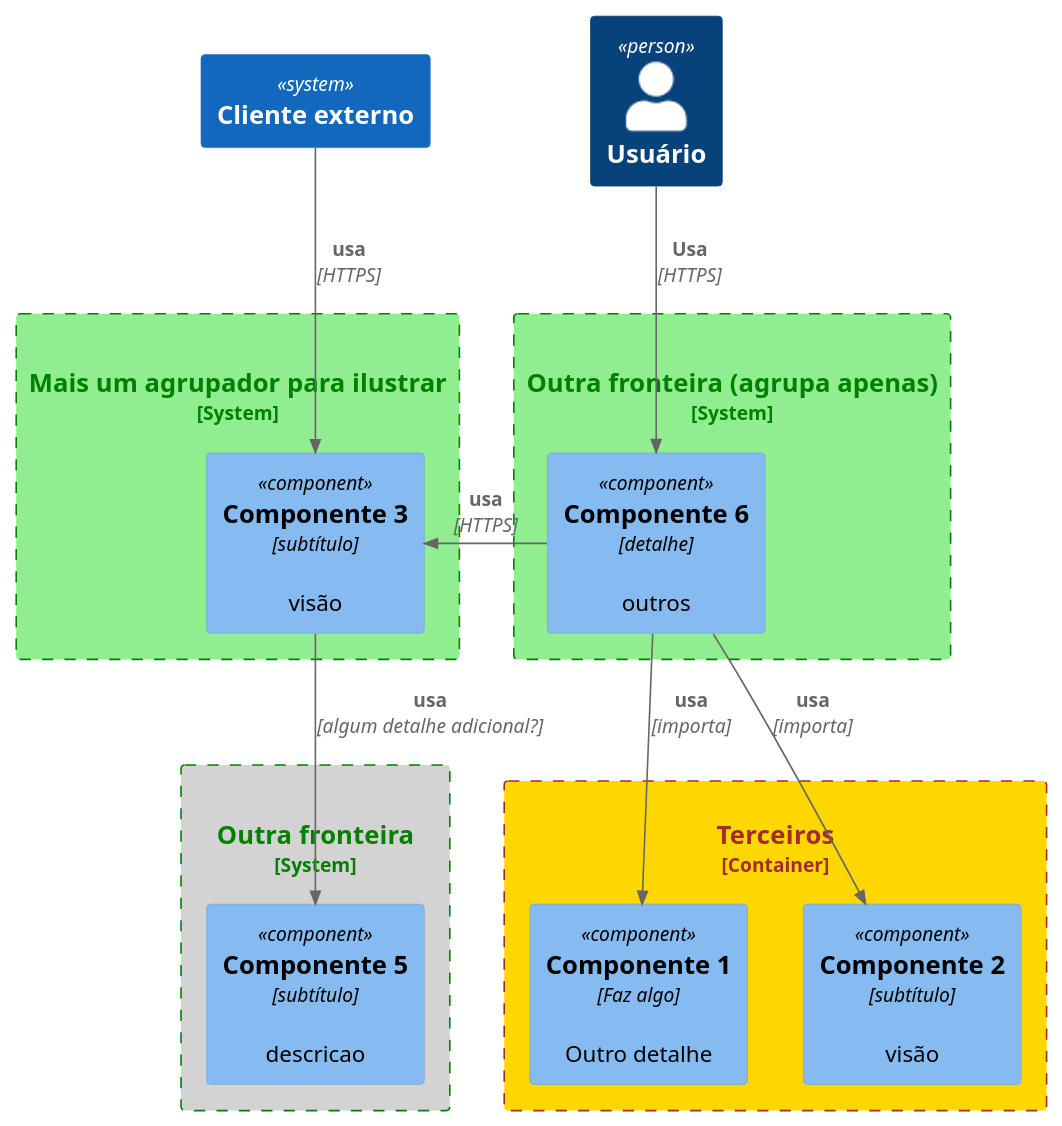
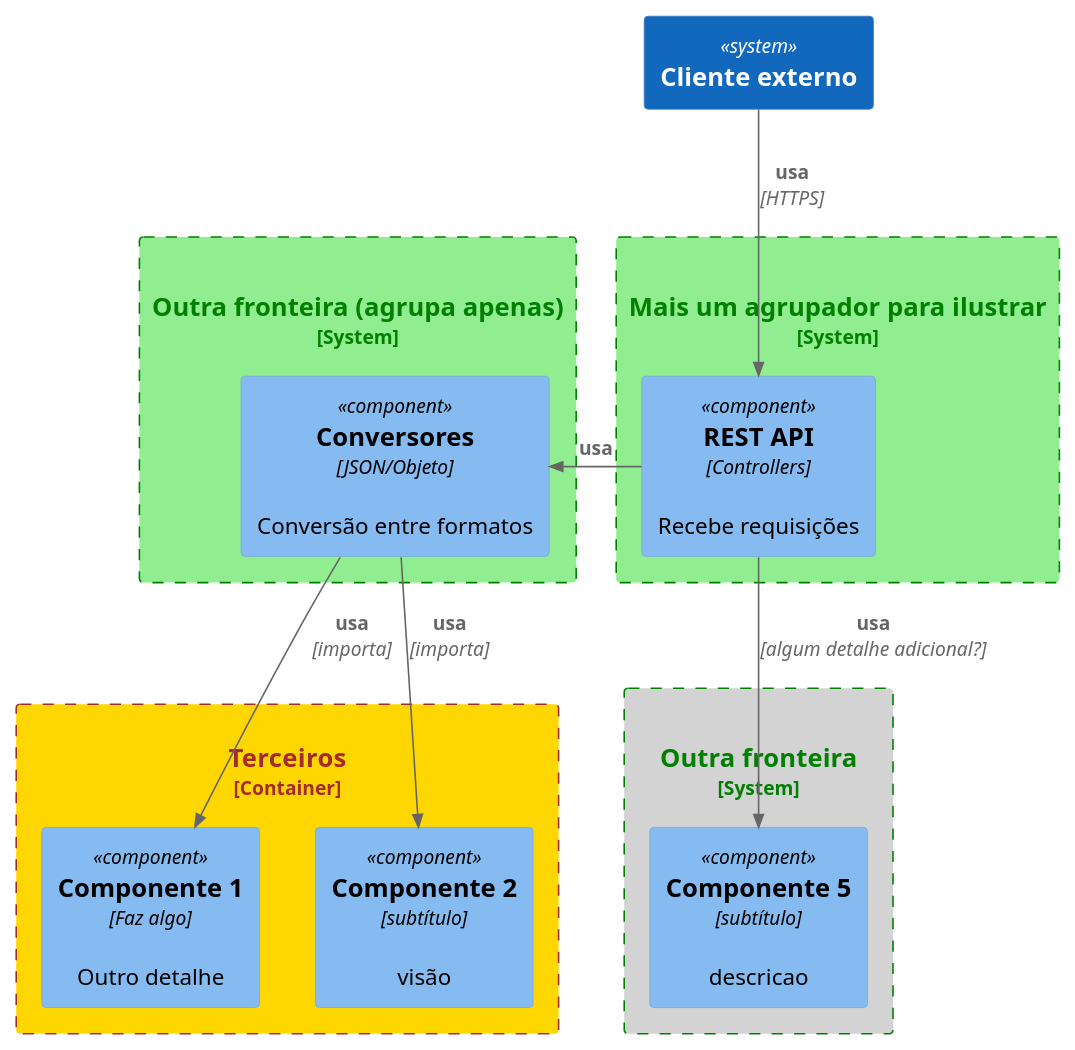
Before and after one commit to kyriosdata/docente-inf: the diagram in documentacao/diagramas/c4-component.puml, drawn with PlantUML.

```diff
--- a/documentacao/diagramas/c4-component.puml
+++ b/documentacao/diagramas/c4-component.puml
@@ -1,41 +1,39 @@
 @startuml c4-component
 !include https://raw.githubusercontent.com/plantuml-stdlib/C4-PlantUML/master/C4_Component.puml
 
 UpdateBoundaryStyle($bgColor="gold", $fontColor="brown", $borderColor="brown")
 UpdateSystemBoundaryStyle($bgColor="gold", $fontColor="white", $borderColor="white")
 
-Person(usuario, "Usuário")
 System(cliente, "Cliente externo")
 
 Container_Boundary(c3, "Terceiros") {
     Component(comp1, "Componente 1", "Faz algo", "Outro detalhe")
     Component(comp2, "Componente 2", "subtítulo", "visão")
 }
 
 System_Boundary(c1, "Outra fronteira (agrupa apenas)", $tags="v1") {
-    Component(comp6, "Componente 6", "detalhe", "outros")
+    Component(comp6, "Conversores", "JSON/Objeto", "Conversão entre formatos")
     Rel(comp6, comp2, "usa", "importa")
     Rel(comp6, comp1, "usa", "importa")
 }
 
 System_Boundary(c2, "Mais um agrupador para ilustrar", $tags="v1") {
-    Component(comp3, "Componente 3", "subtítulo", "visão")
+    Component(comp3, "REST API", "Controllers", "Recebe requisições")
 }
 
 System_Boundary(c4, "Outra fronteira", $tags="v2") {
     Component(comp5, "Componente 5", "subtítulo", "descricao")
 }
 
 Rel(comp3, comp5, "usa", "algum detalhe adicional?")
 
 AddBoundaryTag("v1", $bgColor="lightgreen", $fontColor="green", $borderColor="green")
 AddElementTag("v1", $bgColor="lightred", $fontColor="red", $borderColor="red")
 
 AddBoundaryTag("v2", $bgColor="LightGray", $fontColor="green", $borderColor="green")
 AddElementTag("v2", $bgColor="LightBlue", $fontColor="red", $borderColor="red")
 
-Rel(usuario, comp6, "Usa", "HTTPS")
-Rel_L(comp6, comp3, "usa", "HTTPS")
+Rel_L(comp3, comp6, "usa", "")
 Rel(cliente, comp3, "usa", "HTTPS")
 
 @enduml
```
